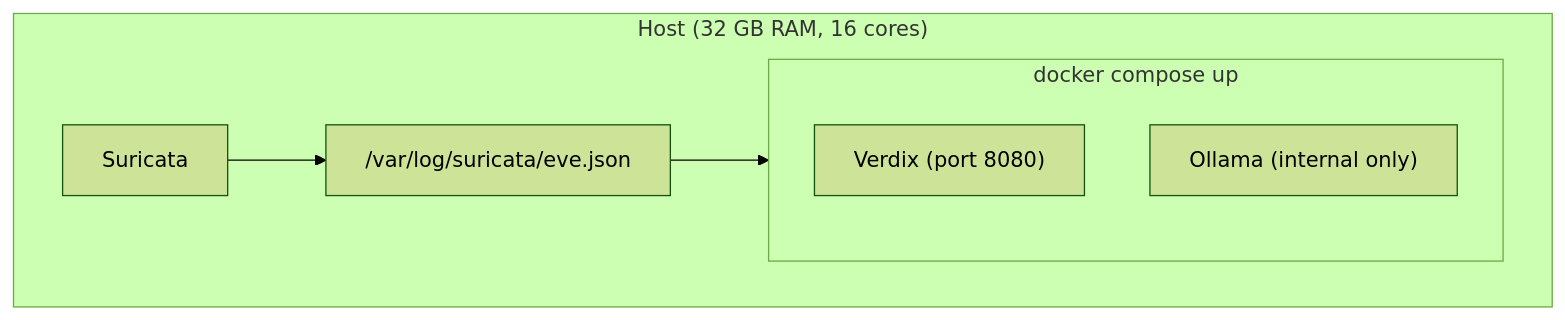
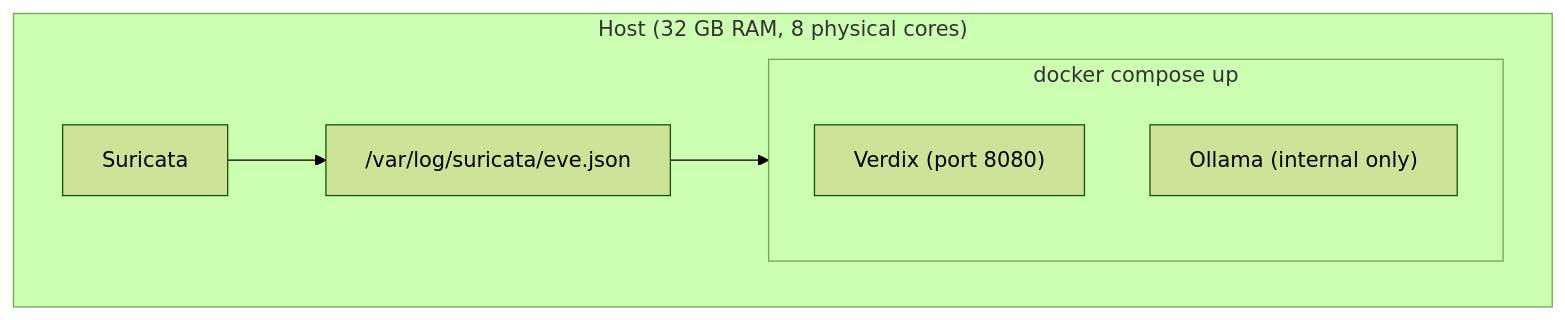
One commit to verdixsec/verdix changed the first of 3 diagrams in docs/DEPLOYMENT.md. Above: the diagram before and after it, drawn with Mermaid (forest theme). The commit also changed other lines of this file and 24 other files, not shown here.

````diff
--- a/docs/DEPLOYMENT.md
+++ b/docs/DEPLOYMENT.md
@@ -95,11 +90,11 @@
 ```mermaid
 flowchart TB
-    subgraph host["Host (32 GB RAM, 16 cores)"]
+    subgraph host["Host (32 GB RAM, 8 physical cores)"]
         suricata["Suricata"] --> eve["/var/log/suricata/eve.json"]
         eve --> compose
         subgraph compose["docker compose up"]
             verdix["Verdix (port 8080)"]
             ollama["Ollama (internal only)"]
         end
     end
 ```
````
